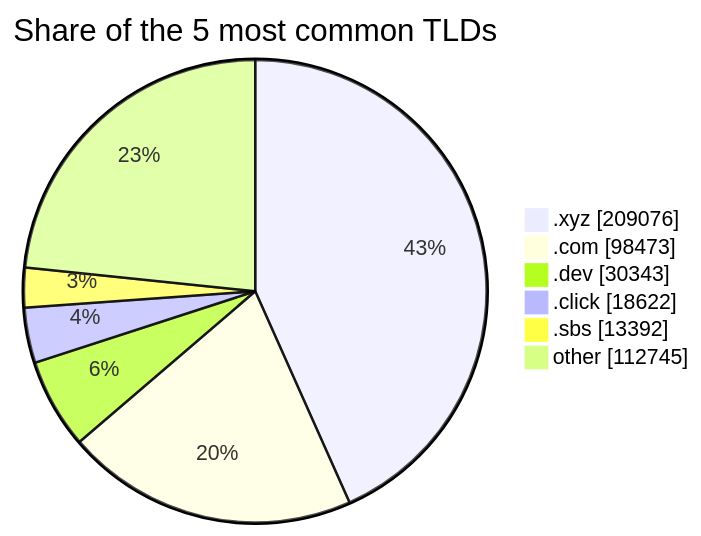
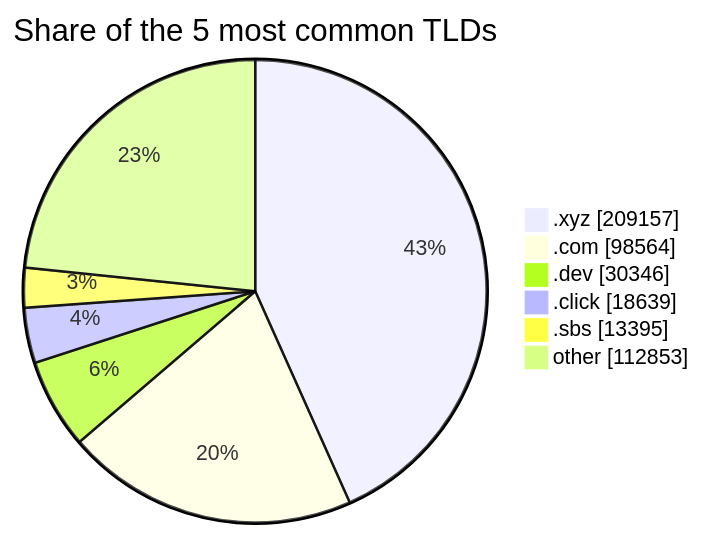
The third of 3 diagrams in README.md (DNSBunker/CTI), drawn with Mermaid before and after one commit. The commit also changed other lines of this file and 3 other files, not shown here.

````diff
--- a/README.md
+++ b/README.md
@@ -81,9 +81,9 @@
 ```mermaid
 pie showData title Share of the 5 most common TLDs
-    ".xyz" : 209076
-    ".com" : 98473
-    ".dev" : 30343
-    ".click" : 18622
-    ".sbs" : 13392
-    "other" : 112745
+    ".xyz" : 209157
+    ".com" : 98564
+    ".dev" : 30346
+    ".click" : 18639
+    ".sbs" : 13395
+    "other" : 112853
 ```
````
